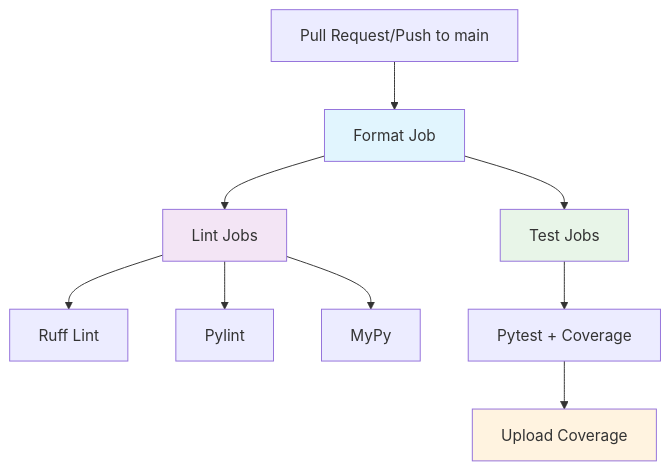
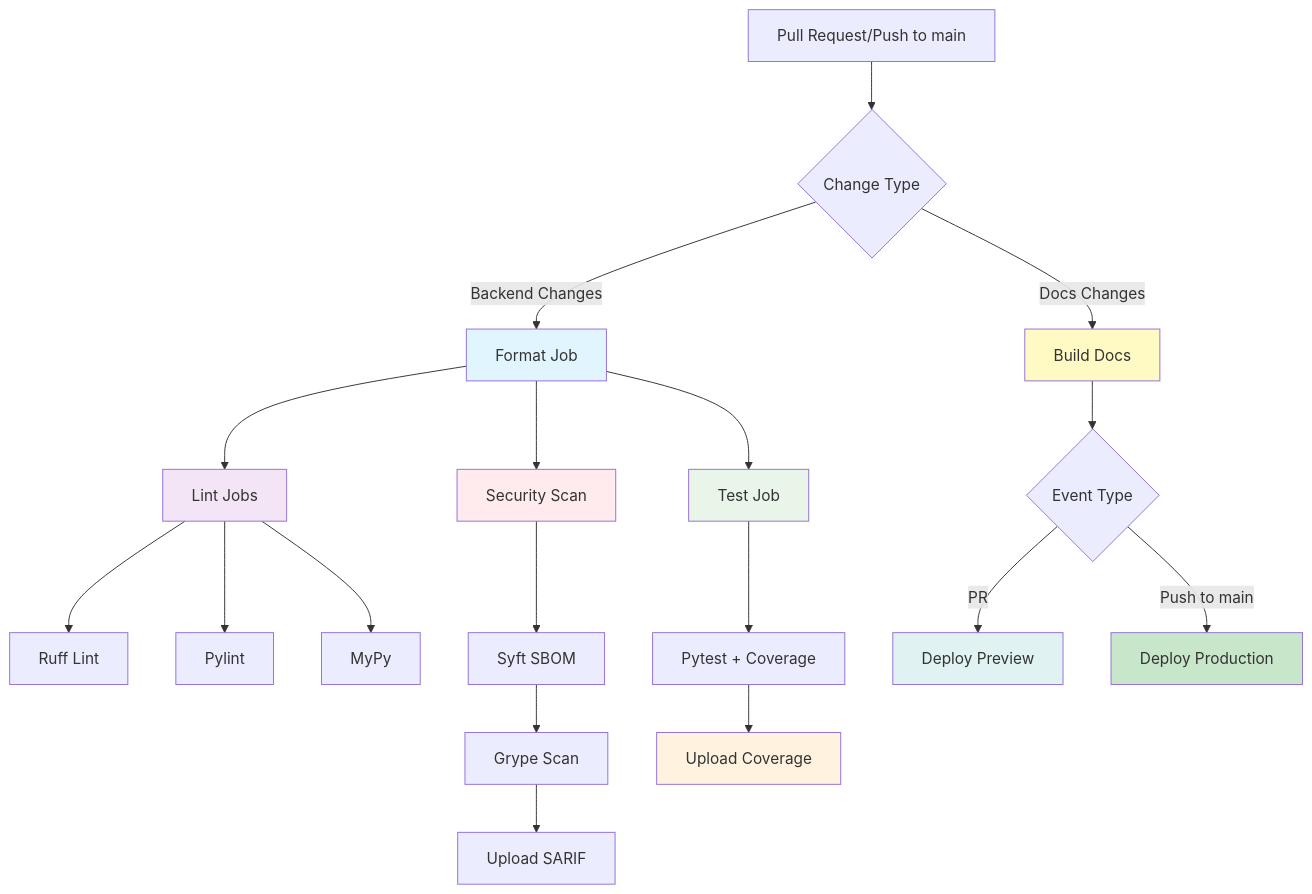
The first of 4 diagrams in docs/ci-cd.md (OpenRailAssociation/dac-migration-dss-popupsim), drawn with Mermaid before and after one commit. The commit also changed other lines of this file and 86 other files, not shown here.

````diff
--- a/docs/ci-cd.md
+++ b/docs/ci-cd.md
@@ -9,18 +9,34 @@
 ```mermaid
 graph TD
-    A[Pull Request/Push to main] --> B[Format Job]
-    B --> C[Lint Jobs]
-    B --> D[Test Jobs]
+    A[Pull Request/Push to main] --> B{Change Type}
+    B -->|Backend Changes| C[Format Job]
+    B -->|Docs Changes| N[Build Docs]
+    
+    C --> D[Lint Jobs]
+    C --> E[Security Scan]
+    C --> F[Test Job]
 
-    C --> E[Ruff Lint]
-    C --> F[Pylint]
-    C --> G[MyPy]
+    D --> G[Ruff Lint]
+    D --> H[Pylint]
+    D --> I[MyPy]
 
-    D --> H[Pytest + Coverage]
-    H --> I[Upload Coverage]
+    E --> J[Syft SBOM]
+    J --> K[Grype Scan]
+    K --> L[Upload SARIF]
 
-    style B fill:#e1f5fe
-    style C fill:#f3e5f5
-    style D fill:#e8f5e8
-    style I fill:#fff3e0
+    F --> M[Pytest + Coverage]
+    M --> O[Upload Coverage]
+    
+    N --> P{Event Type}
+    P -->|PR| Q[Deploy Preview]
+    P -->|Push to main| R[Deploy Production]
+
+    style C fill:#e1f5fe
+    style D fill:#f3e5f5
+    style E fill:#ffebee
+    style F fill:#e8f5e8
+    style O fill:#fff3e0
+    style N fill:#fff9c4
+    style Q fill:#e0f2f1
+    style R fill:#c8e6c9
 ```
````
